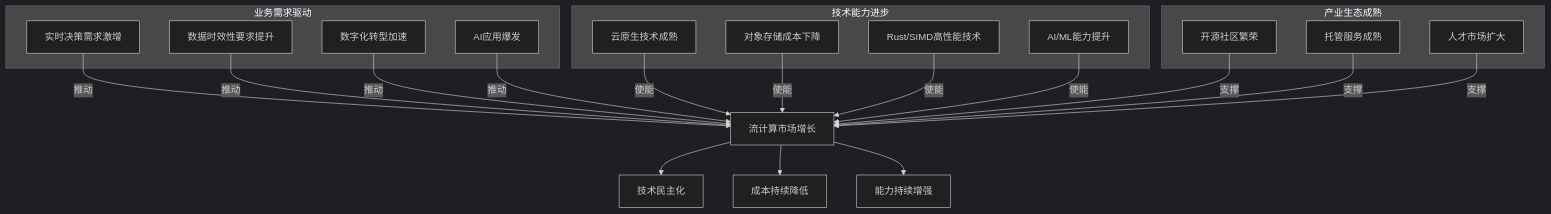
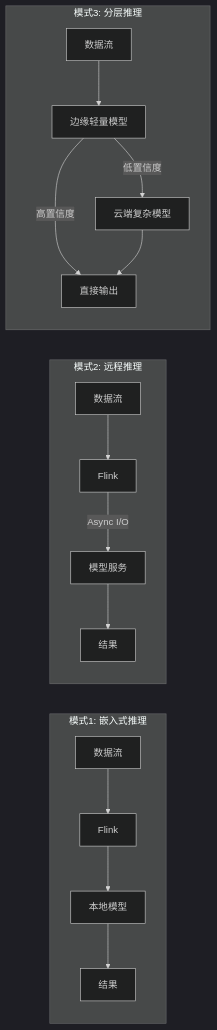
Before and after one commit to AdaMartin18010/AnalysisDataFlow: the fourth of 7 diagrams in whitepapers/streaming-technology-trends-2026.md, drawn with Mermaid (dark theme). The commit also changed other lines of this file and 1463 other files, not shown here.

````diff
--- a/whitepapers/streaming-technology-trends-2026.md
+++ b/whitepapers/streaming-technology-trends-2026.md
@@ -123,30 +357,21 @@
 ```mermaid
-graph TB
-    subgraph "业务需求驱动"
-        B1[实时决策需求激增]
-        B2[数据时效性要求提升]
-        B3[数字化转型加速]
-        B4[AI应用爆发]
+graph LR
+    subgraph "模式1: 嵌入式推理"
+        E1[数据流] --> E2[Flink]
+        E2 --> E3[本地模型]
+        E3 --> E4[结果]
     end
 
-    subgraph "技术能力进步"
-        T1[云原生技术成熟]
-        T2[对象存储成本下降]
-        T3[Rust/SIMD高性能技术]
-        T4[AI/ML能力提升]
+    subgraph "模式2: 远程推理"
+        R1[数据流] --> R2[Flink]
+        R2 -->|Async I/O| R3[模型服务]
+        R3 --> R4[结果]
     end
 
-    subgraph "产业生态成熟"
-        E1[开源社区繁荣]
-        E2[托管服务成熟]
-        E3[人才市场扩大]
+    subgraph "模式3: 分层推理"
+        H1[数据流] --> H2[边缘轻量模型]
+        H2 -->|低置信度| H3[云端复杂模型]
+        H2 -->|高置信度| H4[直接输出]
+        H3 --> H4
     end
-
-    B1 & B2 & B3 & B4 --> |推动| A[流计算市场增长]
-    T1 & T2 & T3 & T4 --> |使能| A
-    E1 & E2 & E3 --> |支撑| A
-
-    A --> R1[技术民主化]
-    A --> R2[成本持续降低]
-    A --> R3[能力持续增强]
 ```
````
